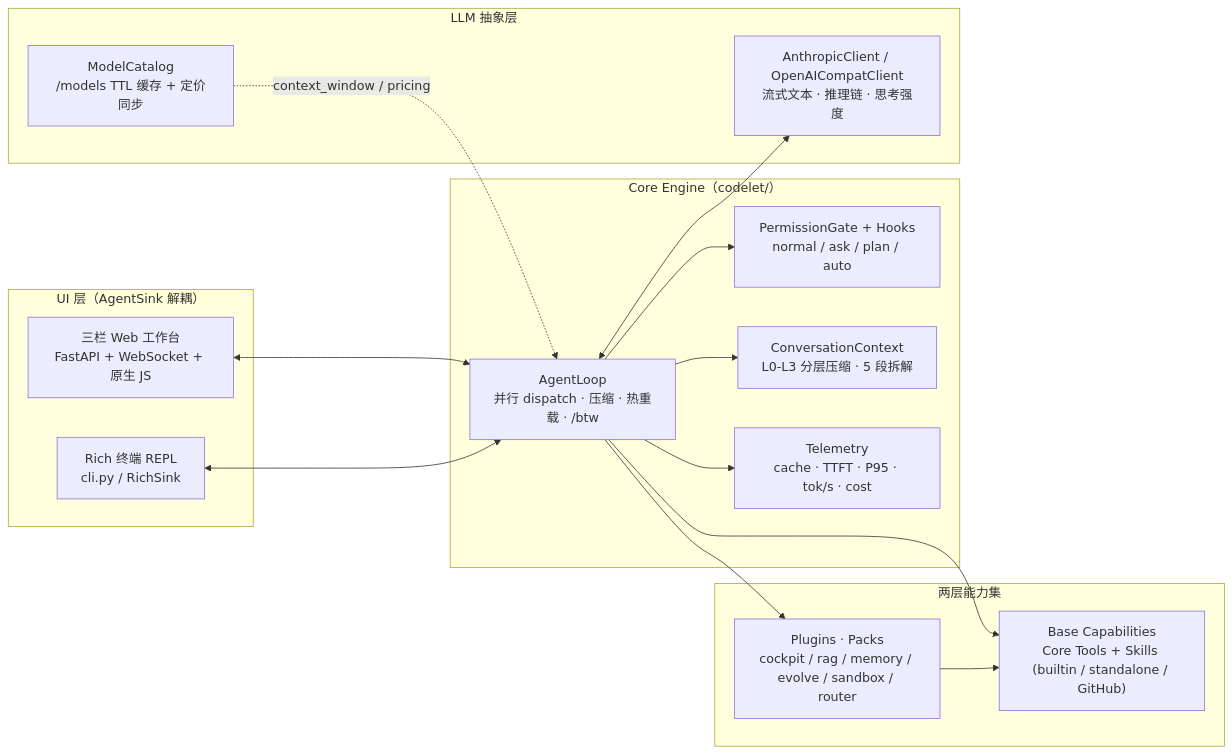
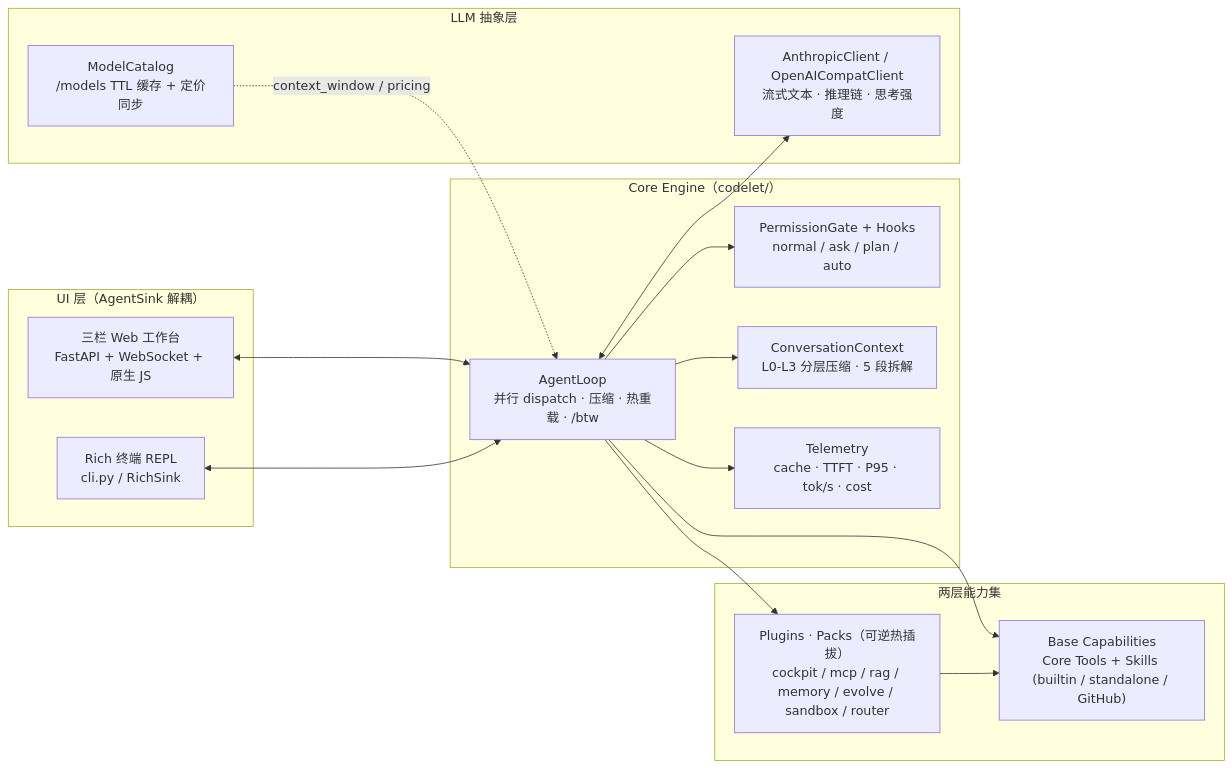
The diagram in README.md (muamuauh/codelet), drawn with Mermaid before and after one commit. The commit also changed other lines of this file and 13 other files, not shown here.

Commit message:
feat(plugins): reversible dispose, requires ordering, MCP bridge, Creator packs & dynamic panels

````diff
--- a/README.md
+++ b/README.md
@@ -179,35 +180,35 @@
 ```mermaid
 flowchart LR
     subgraph UI["UI 层（AgentSink 解耦）"]
         CLI["Rich 终端 REPL<br/>cli.py / RichSink"]
         Web["三栏 Web 工作台<br/>FastAPI + WebSocket + 原生 JS"]
     end
 
     subgraph Core["Core Engine（codelet/）"]
         Loop["AgentLoop<br/>并行 dispatch · 压缩 · 热重载 · /btw"]
         Gate["PermissionGate + Hooks<br/>normal / ask / plan / auto"]
         Ctx["ConversationContext<br/>L0-L3 分层压缩 · 5 段拆解"]
         Tel["Telemetry<br/>cache · TTFT · P95 · tok/s · cost"]
     end
 
     subgraph Caps["两层能力集"]
-        Plugins["Plugins · Packs<br/>cockpit / rag / memory / evolve / sandbox / router"]
+        Plugins["Plugins · Packs（可逆热插拔）<br/>cockpit / mcp / rag / memory / evolve / sandbox / router"]
         Atoms["Base Capabilities<br/>Core Tools + Skills (builtin / standalone / GitHub)"]
     end
 
     subgraph LLM["LLM 抽象层"]
         Catalog["ModelCatalog<br/>/models TTL 缓存 + 定价同步"]
         Clients["AnthropicClient / OpenAICompatClient<br/>流式文本 · 推理链 · 思考强度"]
     end
 
     CLI <--> Loop
     Web <--> Loop
     Loop --> Gate
     Loop --> Ctx
     Loop --> Tel
     Plugins --> Atoms
     Loop --> Plugins
     Loop --> Atoms
     Loop <--> Clients
     Catalog -.->|"context_window / pricing"| Loop
 ```
````
